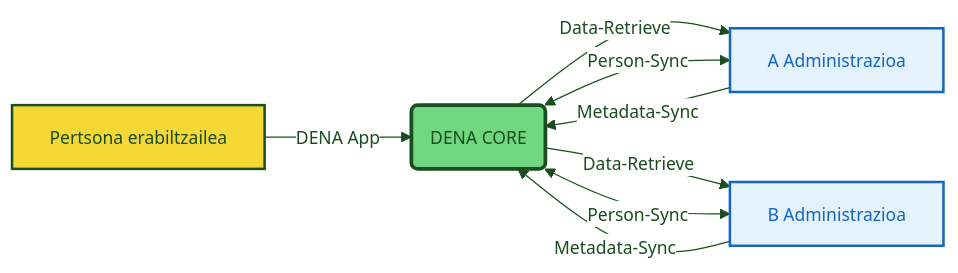
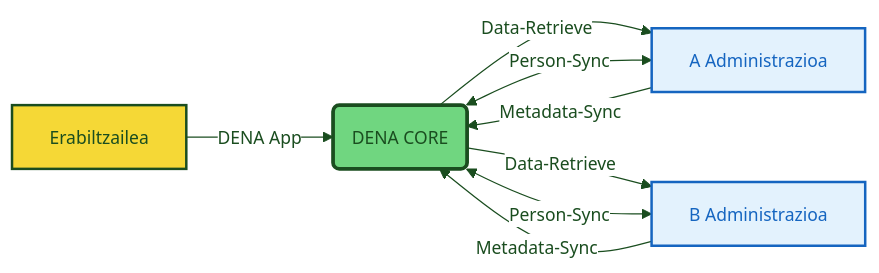
One commit to DENA-Euskadi/dena-euskadi.github.io changed the diagram in docs/index.eu.md. Above: the diagram before and after it, drawn with Mermaid. The commit also changed other lines of this file and 46 other files, not shown here.

````diff
--- a/docs/index.eu.md
+++ b/docs/index.eu.md
@@ -50,26 +50,26 @@
 ``` mermaid
 ---
 config:
   theme: base
   themeVariables:
     primaryColor: "#FFFFFF"
     primaryTextColor: "#1a4d1f"
     primaryBorderColor: "#70d680"
     lineColor: "#1a4d1f"
     fontSize: "14px"
     fontFamily: "Manrope, sans-serif"
 ---
 graph LR
-    A[Pertsona erabiltzailea] -->|DENA App| B(DENA CORE)
+    A[Erabiltzailea] -->|DENA App| B(DENA CORE)
     B -->|Data-Retrieve| C[A Administrazioa]
     B -->|Data-Retrieve| D[B Administrazioa]
     C -->|Metadata-Sync| B
     D -->|Metadata-Sync| B
     B <-->|Person-Sync| C
     B <-->|Person-Sync| D
     
     style A fill:#f5d836,stroke:#1a4d1f,color:#1a4d1f,stroke-width:2px
     style B fill:#70d680,stroke:#1a4d1f,color:#1a4d1f,stroke-width:3px
     style C fill:#e3f2fd,stroke:#1565c0,color:#1565c0,stroke-width:2px
     style D fill:#e3f2fd,stroke:#1565c0,color:#1565c0,stroke-width:2px
 ```
````
